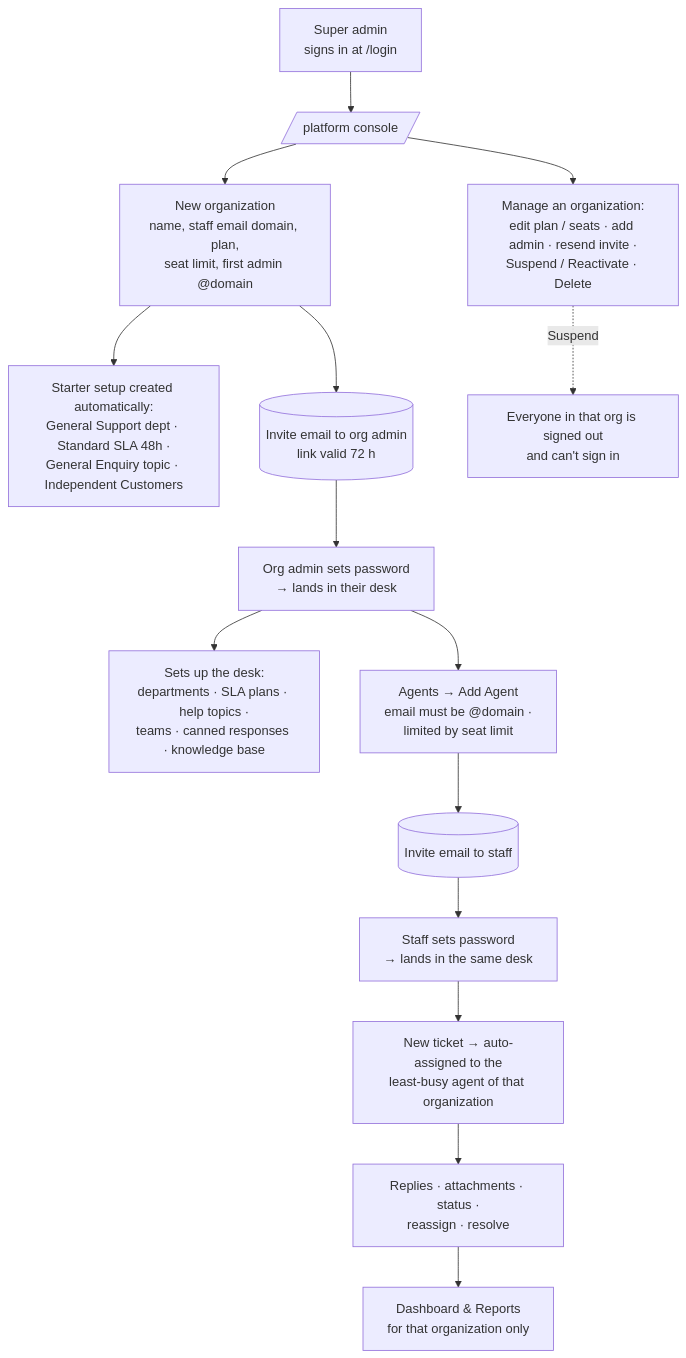
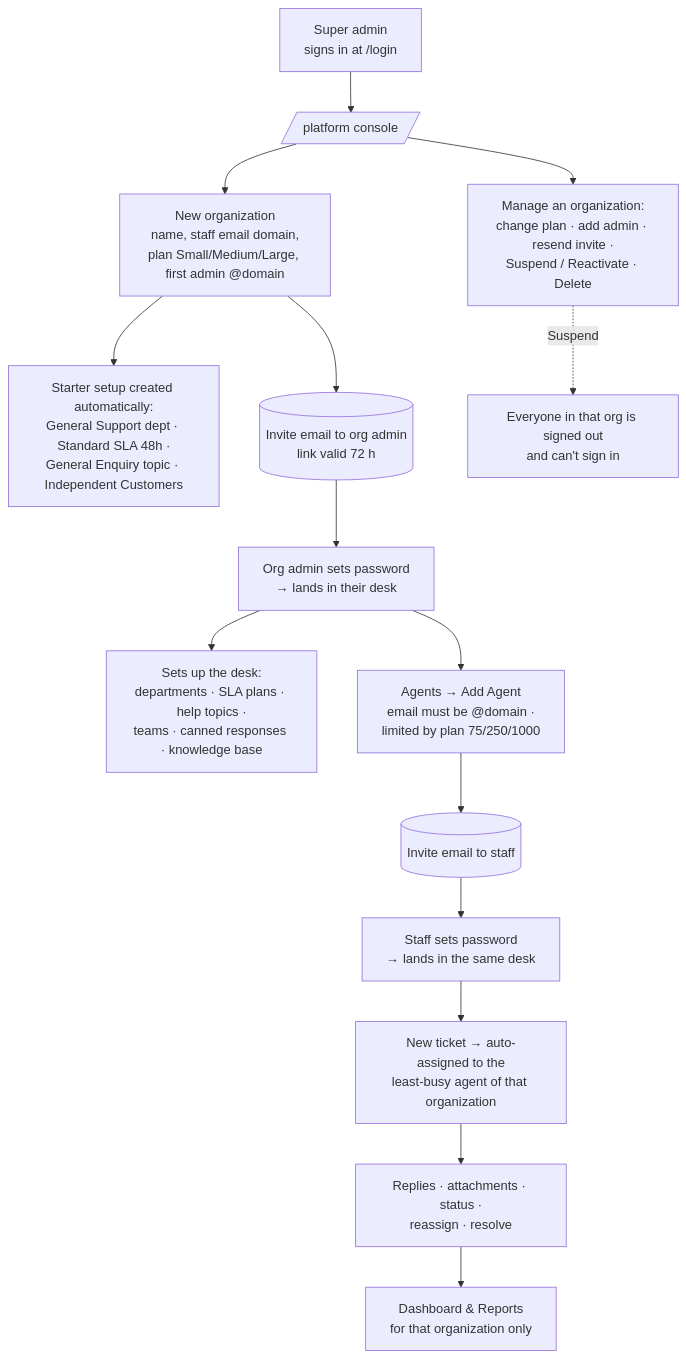
One commit to Muhammad-Irfan01/task-tracking changed the diagram in docs/PRODUCTION_TESTING.md. Above: the diagram before and after it, drawn with Mermaid. The commit also changed other lines of this file and 16 other files, not shown here.

First line of the commit message:
Replace seat limits with Small / Medium / Large plans

````diff
--- a/docs/PRODUCTION_TESTING.md
+++ b/docs/PRODUCTION_TESTING.md
@@ -30,20 +42,20 @@
 ```mermaid
 flowchart TD
     SA[Super admin<br/>signs in at /login] --> P[/platform console/]
-    P --> C[New organization<br/>name, staff email domain, plan,<br/>seat limit, first admin @domain]
+    P --> C[New organization<br/>name, staff email domain,<br/>plan Small/Medium/Large, first admin @domain]
     C --> AUTO[Starter setup created automatically:<br/>General Support dept · Standard SLA 48h ·<br/>General Enquiry topic · Independent Customers]
     C --> INV1[(Invite email to org admin<br/>link valid 72 h)]
     INV1 --> OA[Org admin sets password<br/>→ lands in their desk]
 
     OA --> SETUP[Sets up the desk:<br/>departments · SLA plans · help topics ·<br/>teams · canned responses · knowledge base]
-    OA --> ADD[Agents → Add Agent<br/>email must be @domain ·<br/>limited by seat limit]
+    OA --> ADD[Agents → Add Agent<br/>email must be @domain ·<br/>limited by plan 75/250/1000]
     ADD --> INV2[(Invite email to staff)]
     INV2 --> ST[Staff sets password<br/>→ lands in the same desk]
 
     ST --> T1[New ticket → auto-assigned to the<br/>least-busy agent of that organization]
     T1 --> T2[Replies · attachments · status ·<br/>reassign · resolve]
     T2 --> R[Dashboard & Reports<br/>for that organization only]
 
-    P --> MANAGE[Manage an organization:<br/>edit plan / seats · add admin · resend invite ·<br/>Suspend / Reactivate · Delete]
+    P --> MANAGE[Manage an organization:<br/>change plan · add admin · resend invite ·<br/>Suspend / Reactivate · Delete]
     MANAGE -. Suspend .-> OFF[Everyone in that org is signed out<br/>and can't sign in]
 ```
````
